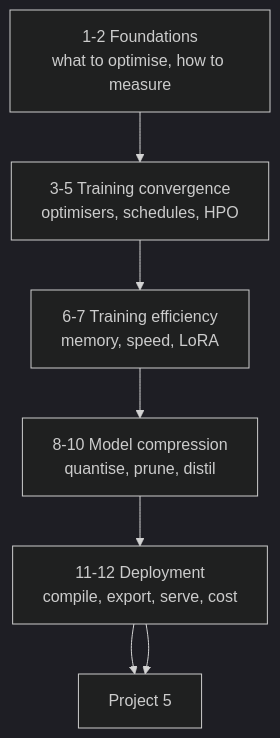
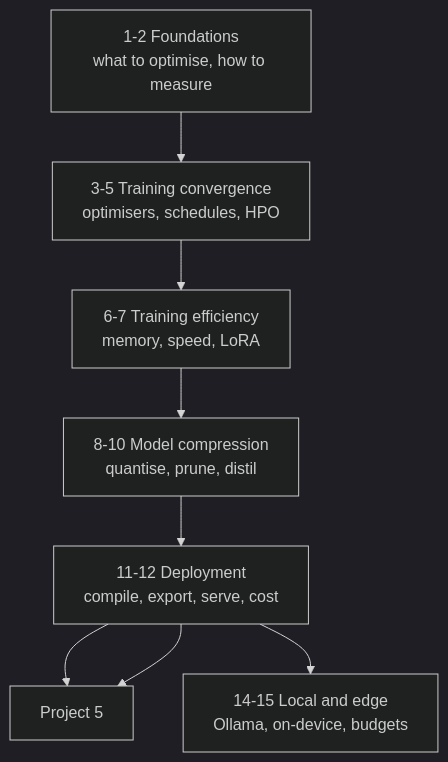
One commit to Tayel-Ai-Labs-Courses/Advanced-AI changed the diagram in Optimization/README.md. Above: the diagram before and after it, drawn with Mermaid (dark theme). The commit also changed other lines of this file and 10 other files, not shown here.

First line of the commit message:
Add local/edge deployment, experiment tracking and prototyping lessons

````diff
--- a/Optimization/README.md
+++ b/Optimization/README.md
@@ -24,9 +27,10 @@
 ```mermaid
 flowchart TD
     A["1-2 Foundations<br/>what to optimise, how to measure"] --> B["3-5 Training convergence<br/>optimisers, schedules, HPO"]
     B --> C["6-7 Training efficiency<br/>memory, speed, LoRA"]
     C --> D["8-10 Model compression<br/>quantise, prune, distil"]
     D --> E["11-12 Deployment<br/>compile, export, serve, cost"]
     E --> F["13 Derivative-free<br/>PSO, DE, random search"]
+    E --> G["14-15 Local and edge<br/>Ollama, on-device, budgets"]
     E --> F["Project 5"]
 ```
````
